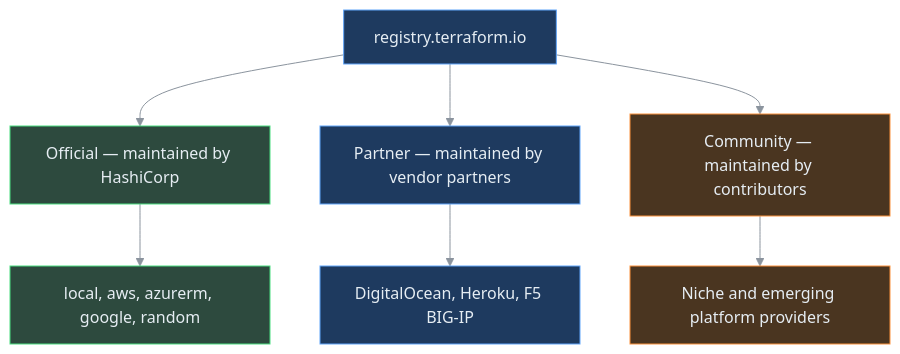
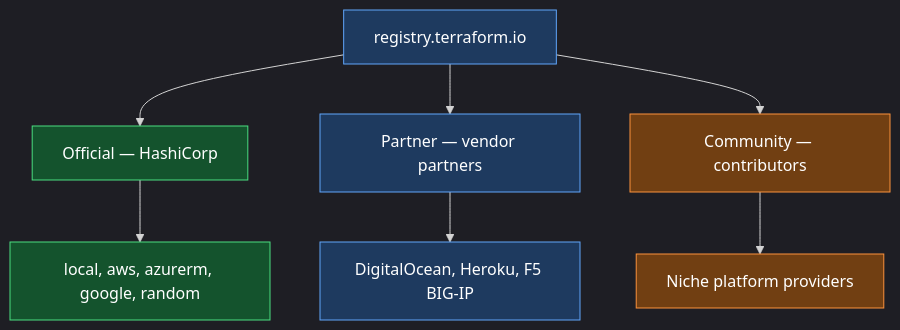
Before and after one commit to nirajp82/Terraform_Basics: the ninth of 9 diagrams in 04_Core_Terraform_Basics/01_Terraform_Provider.md, drawn with Mermaid. The commit also changed other lines of this file and 1 other file, not shown here.

Commit message:
Update Diagram

````diff
--- a/04_Core_Terraform_Basics/01_Terraform_Provider.md
+++ b/04_Core_Terraform_Basics/01_Terraform_Provider.md
@@ -346,18 +343,18 @@
 ```mermaid
-%%{init: {'theme': 'base', 'themeVariables': {'darkMode': true, 'background': 'transparent', 'primaryTextColor': '#e6edf3', 'lineColor': '#8b949e'}}}%%
+%%{init: {'theme': 'dark'}}%%
 flowchart TD
-    REG["registry.terraform.io"] --> OFF["Official — maintained by HashiCorp"]
-    REG --> PART["Partner — maintained by vendor partners"]
-    REG --> COMM["Community — maintained by contributors"]
-
+    REG["registry.terraform.io"] --> OFF["Official — HashiCorp"]
+    REG --> PART["Partner — vendor partners"]
+    REG --> COMM["Community — contributors"]
     OFF --> E1["local, aws, azurerm, google, random"]
     PART --> E2["DigitalOcean, Heroku, F5 BIG-IP"]
-    COMM --> E3["Niche and emerging platform providers"]
+    COMM --> E3["Niche platform providers"]
 
-    classDef success fill:#2d4a3e,stroke:#4ade80,color:#e6edf3
-    classDef info fill:#1e3a5f,stroke:#60a5fa,color:#e6edf3
-    classDef warn fill:#4a3520,stroke:#fb923c,color:#e6edf3
-    class OFF,E1 success
-    class REG,PART,E2 info
-    class COMM,E3 warn
+    style REG fill:#1e3a5f,stroke:#60a5fa,color:#ffffff
+    style OFF fill:#14532d,stroke:#4ade80,color:#ffffff
+    style E1 fill:#14532d,stroke:#4ade80,color:#ffffff
+    style PART fill:#1e3a5f,stroke:#60a5fa,color:#ffffff
+    style E2 fill:#1e3a5f,stroke:#60a5fa,color:#ffffff
+    style COMM fill:#713f12,stroke:#fb923c,color:#ffffff
+    style E3 fill:#713f12,stroke:#fb923c,color:#ffffff
 ```
````
